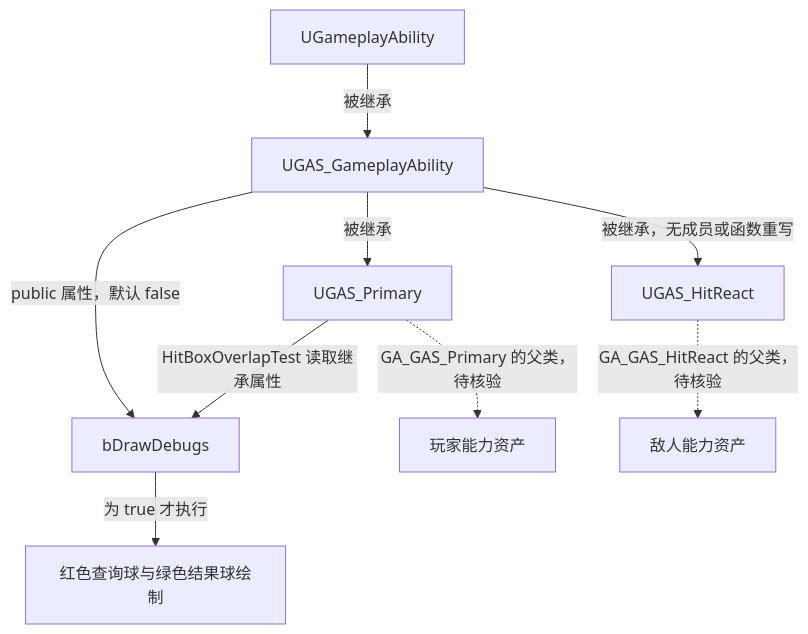
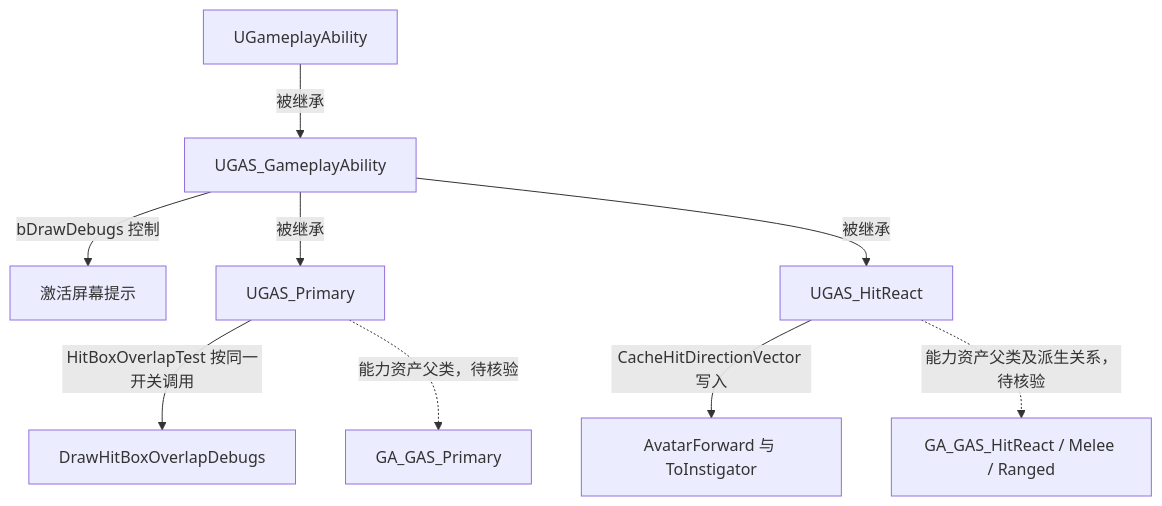
One commit to xue1ong/GAS_StudyNotes changed the second of 2 diagrams in AbilitySystem/GameplayAbility.md. Above: the diagram before and after it, drawn with Mermaid. The commit also changed other lines of this file and 12 other files, not shown here.

````diff
--- a/AbilitySystem/GameplayAbility.md
+++ b/AbilitySystem/GameplayAbility.md
@@ -34,11 +41,11 @@
 ```mermaid
 flowchart TD
     engine["UGameplayAbility"] -->|"被继承"| base["UGAS_GameplayAbility"]
-    base -->|"public 属性，默认 false"| flag["bDrawDebugs"]
+    base -->|"bDrawDebugs 控制"| screen["激活屏幕提示"]
     base -->|"被继承"| primary["UGAS_Primary"]
-    base -->|"被继承，无成员或函数重写"| hit["UGAS_HitReact"]
-    primary -->|"HitBoxOverlapTest 读取继承属性"| flag
-    flag -->|"为 true 才执行"| draw["红色查询球与绿色结果球绘制"]
-    primary -.->|"GA_GAS_Primary 的父类，待核验"| primaryAsset["玩家能力资产"]
-    hit -.->|"GA_GAS_HitReact 的父类，待核验"| hitAsset["敌人能力资产"]
+    base -->|"被继承"| hit["UGAS_HitReact"]
+    primary -->|"HitBoxOverlapTest 按同一开关调用"| draw["DrawHitBoxOverlapDebugs"]
+    hit -->|"CacheHitDirectionVector 写入"| vectors["AvatarForward 与 ToInstigator"]
+    primary -.->|"能力资产父类，待核验"| primaryAsset["GA_GAS_Primary"]
+    hit -.->|"能力资产父类及派生关系，待核验"| hitAsset["GA_GAS_HitReact / Melee / Ranged"]
 ```
````
